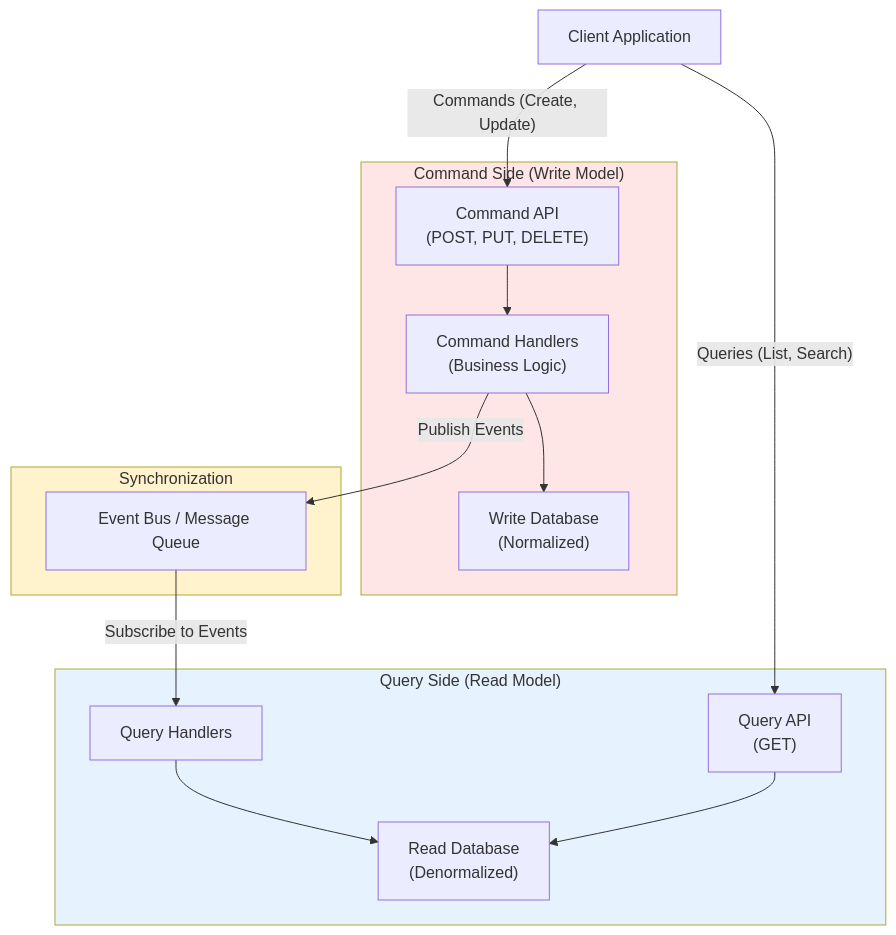
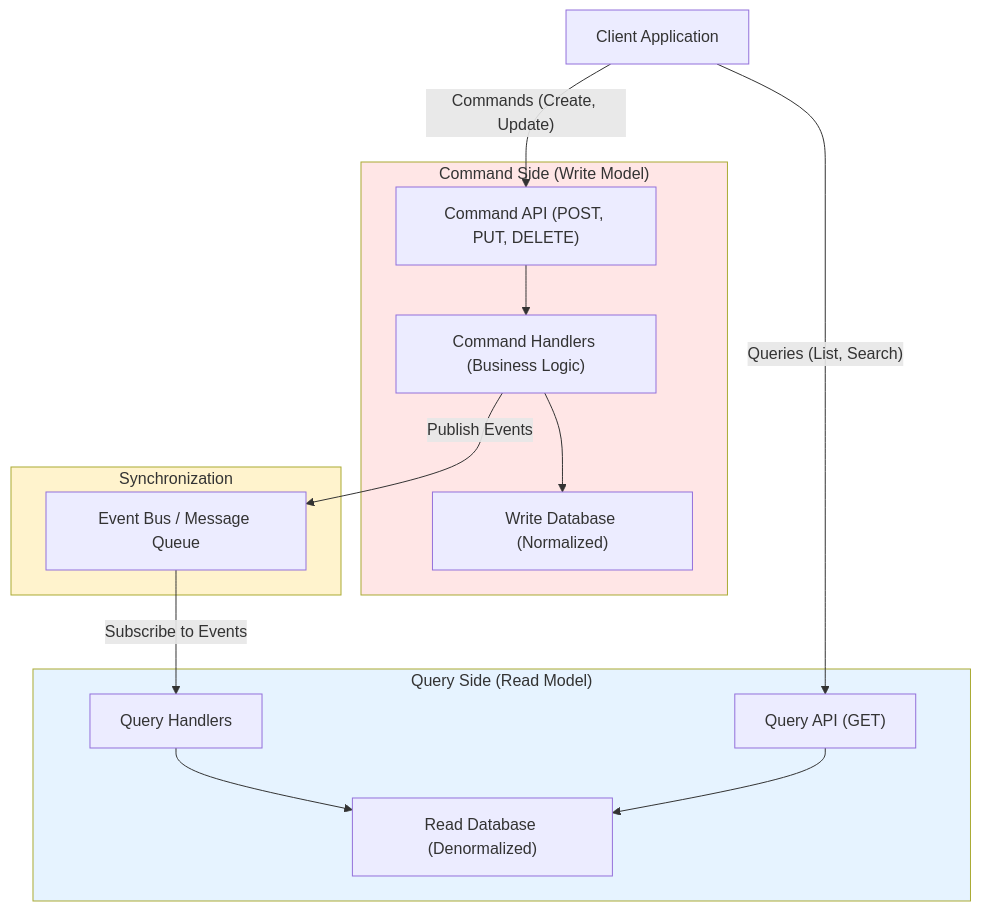
The first of 2 diagrams in Coordination/08_CQRS.md (Anmol33/SystemDesign), drawn with Mermaid before and after one commit. The commit also changed 6 other files, not shown here.

First line of the commit message:
docs: fix Mermaid diagram syntax in coordination documents

````diff
--- a/Coordination/08_CQRS.md
+++ b/Coordination/08_CQRS.md
@@ -38,36 +38,36 @@
 ```mermaid
 graph TD
     Client["Client Application"]
     
     subgraph Command_Side["Command Side (Write Model)"]
-        CmdAPI["Command API<br/>(POST, PUT, DELETE)"]
-        CmdHandler["Command Handlers<br/>(Business Logic)"]
-        WriteDB["Write Database<br/>(Normalized)"]
+        CmdAPI["Command API (POST, PUT, DELETE)"]
+        CmdHandler["Command Handlers (Business Logic)"]
+        WriteDB["Write Database (Normalized)"]
     end
     
     subgraph Sync["Synchronization"]
         EventBus["Event Bus / Message Queue"]
     end
     
     subgraph Query_Side["Query Side (Read Model)"]
-        QueryAPI["Query API<br/>(GET)"]
+        QueryAPI["Query API (GET)"]
         QueryHandler["Query Handlers"]
-        ReadDB["Read Database<br/>(Denormalized)"]
+        ReadDB["Read Database (Denormalized)"]
     end
     
     Client -->|"Commands (Create, Update)"| CmdAPI
     Client -->|"Queries (List, Search)"| QueryAPI
     
     CmdAPI --> CmdHandler
     CmdHandler --> WriteDB
     CmdHandler -->|"Publish Events"| EventBus
     
     EventBus -->|"Subscribe to Events"| QueryHandler
     QueryHandler --> ReadDB
     
     QueryAPI --> ReadDB
     
     style Command_Side fill:#ffe6e6
     style Query_Side fill:#e6f3ff
     style Sync fill:#fff3cd
 ```
````
